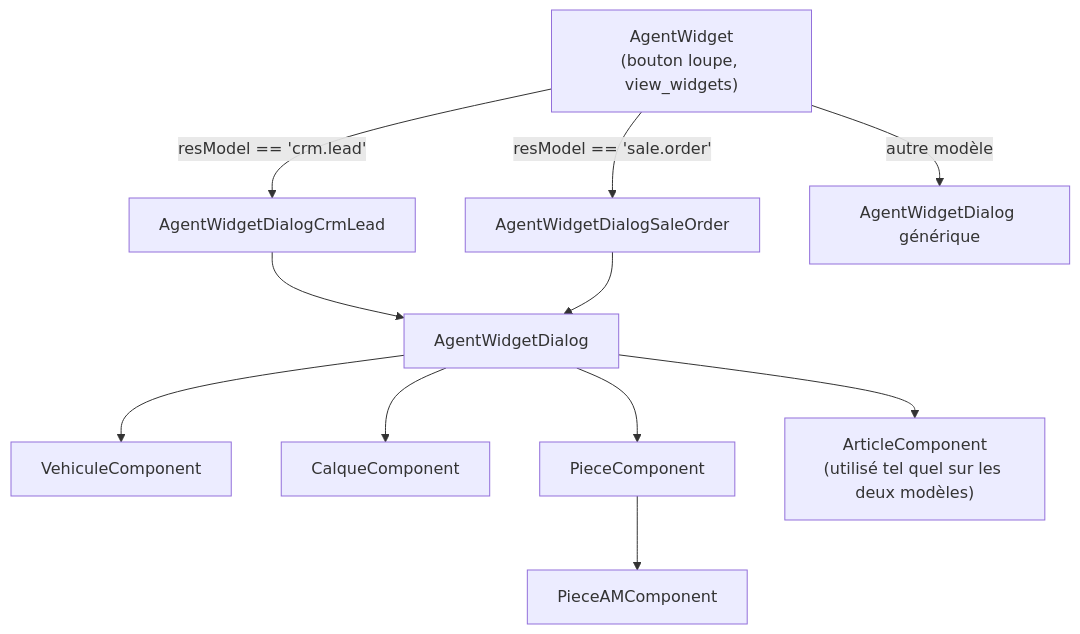
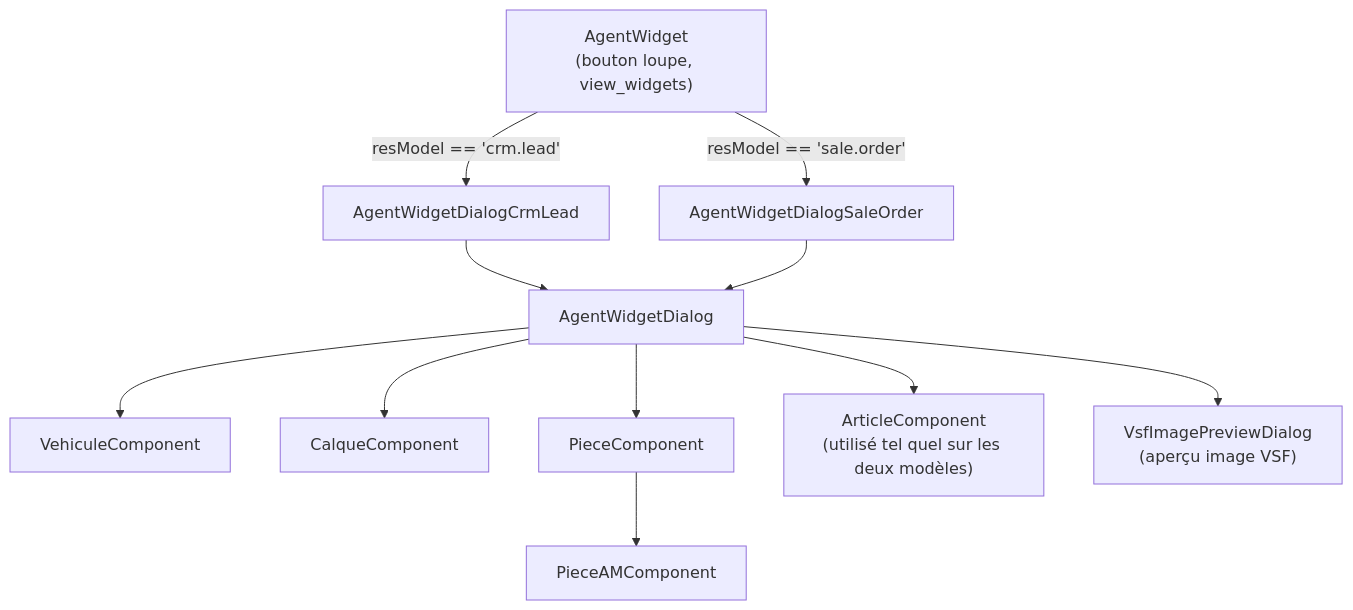
The first of 4 diagrams in rpbm_agent/docs/technique/frontend.md (rpbmSdk/rpbm), drawn with Mermaid before and after one commit. The commit also changed other lines of this file and 16 other files, not shown here.

````diff
--- a/rpbm_agent/docs/technique/frontend.md
+++ b/rpbm_agent/docs/technique/frontend.md
@@ -19,13 +19,13 @@
 ```mermaid
 flowchart TD
     AW["AgentWidget<br/>(bouton loupe, view_widgets)"] -->|"resModel == 'crm.lead'"| DCL[AgentWidgetDialogCrmLead]
     AW -->|"resModel == 'sale.order'"| DSO[AgentWidgetDialogSaleOrder]
-    AW -->|autre modèle| DG[AgentWidgetDialog générique]
     DCL --> Base[AgentWidgetDialog]
     DSO --> Base
     Base --> VC[VehiculeComponent]
     Base --> CC[CalqueComponent]
     Base --> PC[PieceComponent]
     PC --> PAC[PieceAMComponent]
     Base --> AC["ArticleComponent<br/>(utilisé tel quel sur les deux modèles)"]
+    Base --> VIP["VsfImagePreviewDialog<br/>(aperçu image VSF)"]
 ```
````
